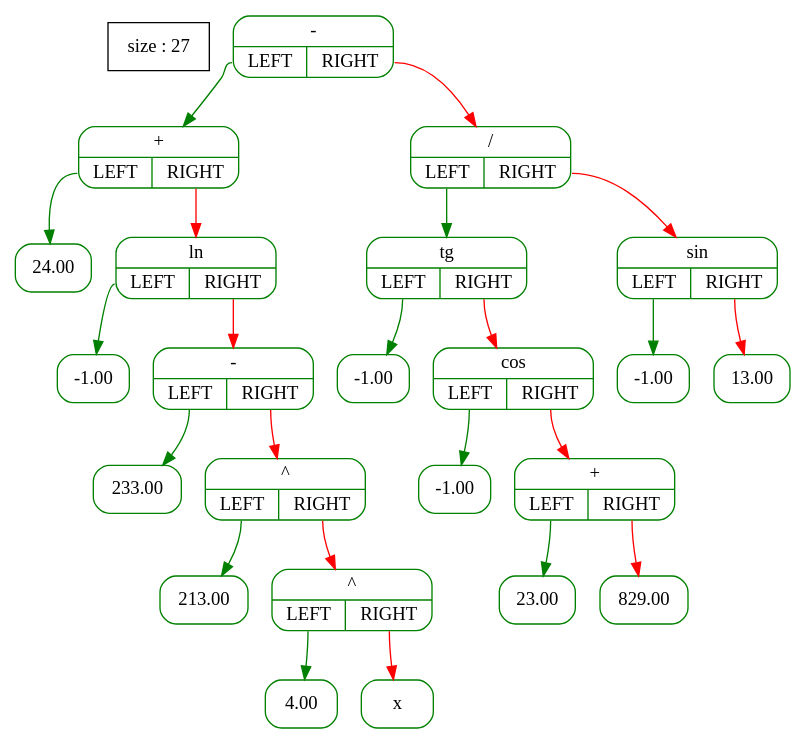
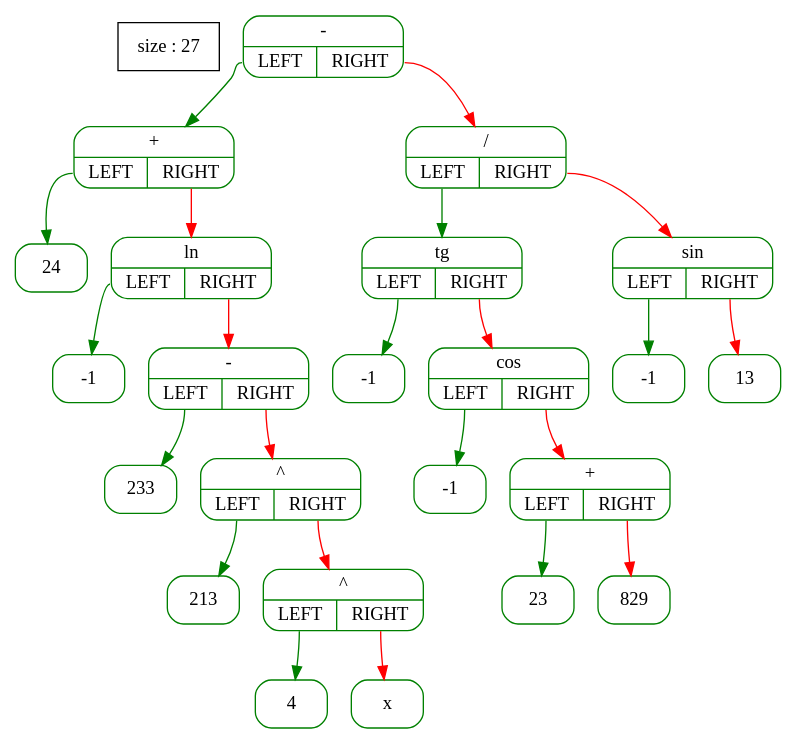
The diagram in files/Tree_graph.dot (A-Elbereth-Gilthoniel/Differentiator), drawn with Graphviz before and after one commit. The commit also changed 21 other files, not shown here.

```diff
--- a/files/Tree_graph.dot
+++ b/files/Tree_graph.dot
@@ -1,50 +1,50 @@
 digraph G {                
   tree [shape=box ; stryle=rounded ; label="size : 27"];                
   edge [color=black];                
   node [shape=record ; style=rounded ; color=green];
-14691040 [label="{-|{<YES>LEFT|<NO>RIGHT}}"];
-14691800 [label="{+|{<YES>LEFT|<NO>RIGHT}}"];
-14685896 [label="{24.00}"];
-14691840 [label="{ln|{<YES>LEFT|<NO>RIGHT}}"];
-14690400 [label="{-1.00}"];
-14691960 [label="{-|{<YES>LEFT|<NO>RIGHT}}"];
-14691920 [label="{233.00}"];
-14692040 [label="{^|{<YES>LEFT|<NO>RIGHT}}"];
-14692000 [label="{213.00}"];
-14690832 [label="{^|{<YES>LEFT|<NO>RIGHT}}"];
-14692120 [label="{4.00}"];
-14685848 [label="{x}"];
-14689680 [label="{/|{<YES>LEFT|<NO>RIGHT}}"];
-14691080 [label="{tg|{<YES>LEFT|<NO>RIGHT}}"];
-14689840 [label="{-1.00}"];
-14681264 [label="{cos|{<YES>LEFT|<NO>RIGHT}}"];
-14689800 [label="{-1.00}"];
-14689560 [label="{+|{<YES>LEFT|<NO>RIGHT}}"];
-14690360 [label="{23.00}"];
-14689640 [label="{829.00}"];
-14689760 [label="{sin|{<YES>LEFT|<NO>RIGHT}}"];
-14690240 [label="{-1.00}"];
-14690320 [label="{13.00}"];
-14691040:<YES> -> 14691800 [color=green];
-14691800:<YES> -> 14685896 [color=green];
-14691800:<NO> -> 14691840 [color=red];
-14691840:<YES> -> 14690400 [color=green];
-14691840:<NO> -> 14691960 [color=red];
-14691960:<YES> -> 14691920 [color=green];
-14691960:<NO> -> 14692040 [color=red];
-14692040:<YES> -> 14692000 [color=green];
-14692040:<NO> -> 14690832 [color=red];
-14690832:<YES> -> 14692120 [color=green];
-14690832:<NO> -> 14685848 [color=red];
-14691040:<NO> -> 14689680 [color=red];
-14689680:<YES> -> 14691080 [color=green];
-14691080:<YES> -> 14689840 [color=green];
-14691080:<NO> -> 14681264 [color=red];
-14681264:<YES> -> 14689800 [color=green];
-14681264:<NO> -> 14689560 [color=red];
-14689560:<YES> -> 14690360 [color=green];
-14689560:<NO> -> 14689640 [color=red];
-14689680:<NO> -> 14689760 [color=red];
-14689760:<YES> -> 14690240 [color=green];
-14689760:<NO> -> 14690320 [color=red];
+14946544 [label="{-|{<YES>LEFT|<NO>RIGHT}}"];
+14945536 [label="{+|{<YES>LEFT|<NO>RIGHT}}"];
+14945496 [label="{24}"];
+14946016 [label="{ln|{<YES>LEFT|<NO>RIGHT}}"];
+14947104 [label="{-1}"];
+14946136 [label="{-|{<YES>LEFT|<NO>RIGHT}}"];
+14946096 [label="{233}"];
+14946216 [label="{^|{<YES>LEFT|<NO>RIGHT}}"];
+14946176 [label="{213}"];
+14946336 [label="{^|{<YES>LEFT|<NO>RIGHT}}"];
+14946296 [label="{4}"];
+14945448 [label="{x}"];
+14947064 [label="{/|{<YES>LEFT|<NO>RIGHT}}"];
+14946584 [label="{tg|{<YES>LEFT|<NO>RIGHT}}"];
+14947384 [label="{-1}"];
+14943408 [label="{cos|{<YES>LEFT|<NO>RIGHT}}"];
+14946704 [label="{-1}"];
+14946984 [label="{+|{<YES>LEFT|<NO>RIGHT}}"];
+14946944 [label="{23}"];
+14947024 [label="{829}"];
+14947144 [label="{sin|{<YES>LEFT|<NO>RIGHT}}"];
+14947624 [label="{-1}"];
+14947424 [label="{13}"];
+14946544:<YES> -> 14945536 [color=green];
+14945536:<YES> -> 14945496 [color=green];
+14945536:<NO> -> 14946016 [color=red];
+14946016:<YES> -> 14947104 [color=green];
+14946016:<NO> -> 14946136 [color=red];
+14946136:<YES> -> 14946096 [color=green];
+14946136:<NO> -> 14946216 [color=red];
+14946216:<YES> -> 14946176 [color=green];
+14946216:<NO> -> 14946336 [color=red];
+14946336:<YES> -> 14946296 [color=green];
+14946336:<NO> -> 14945448 [color=red];
+14946544:<NO> -> 14947064 [color=red];
+14947064:<YES> -> 14946584 [color=green];
+14946584:<YES> -> 14947384 [color=green];
+14946584:<NO> -> 14943408 [color=red];
+14943408:<YES> -> 14946704 [color=green];
+14943408:<NO> -> 14946984 [color=red];
+14946984:<YES> -> 14946944 [color=green];
+14946984:<NO> -> 14947024 [color=red];
+14947064:<NO> -> 14947144 [color=red];
+14947144:<YES> -> 14947624 [color=green];
+14947144:<NO> -> 14947424 [color=red];
 }
```
